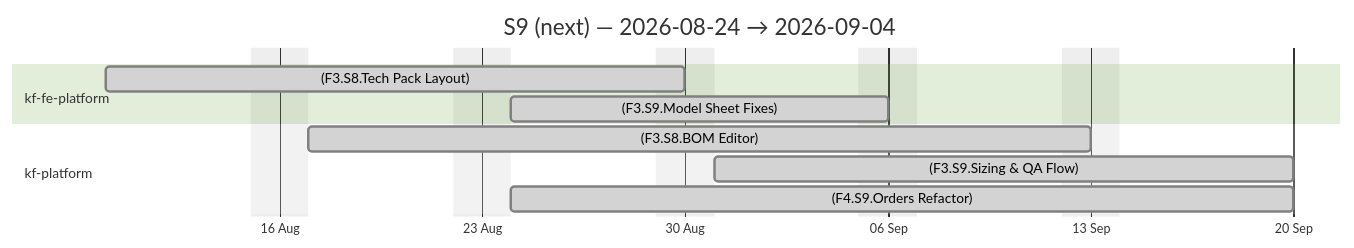
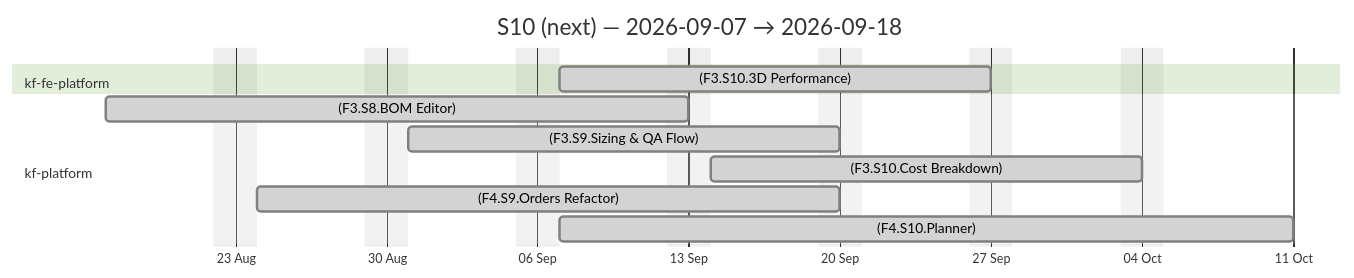
The fourth of 4 diagrams in docs/agile-sprints.md (Katty-Fashion/kf-cpto), drawn with Mermaid (forest theme) before and after one commit. The commit also changed other lines of this file and 14 other files, not shown here.

````diff
--- a/docs/agile-sprints.md
+++ b/docs/agile-sprints.md
@@ -91,15 +90,16 @@
 ```mermaid
 gantt
-    title S9 (next) — 2026-08-24 → 2026-09-04
+    title S10 (next) — 2026-09-07 → 2026-09-18
     dateFormat YYYY-MM-DD
     axisFormat %d %b
     excludes weekends
 
     section kf-fe-platform
-    (F3.S8.Tech Pack Layout) :done, 2026-08-10, 2026-08-30
-    (F3.S9.Model Sheet Fixes) :done, 2026-08-24, 2026-09-06
+    (F3.S10.3D Performance) :done, 2026-09-07, 2026-09-27
     section kf-platform
     (F3.S8.BOM Editor) :done, 2026-08-17, 2026-09-13
     (F3.S9.Sizing & QA Flow) :done, 2026-08-31, 2026-09-20
+    (F3.S10.Cost Breakdown) :done, 2026-09-14, 2026-10-04
     (F4.S9.Orders Refactor) :done, 2026-08-24, 2026-09-20
+    (F4.S10.Planner) :done, 2026-09-07, 2026-10-11
 ```
````
